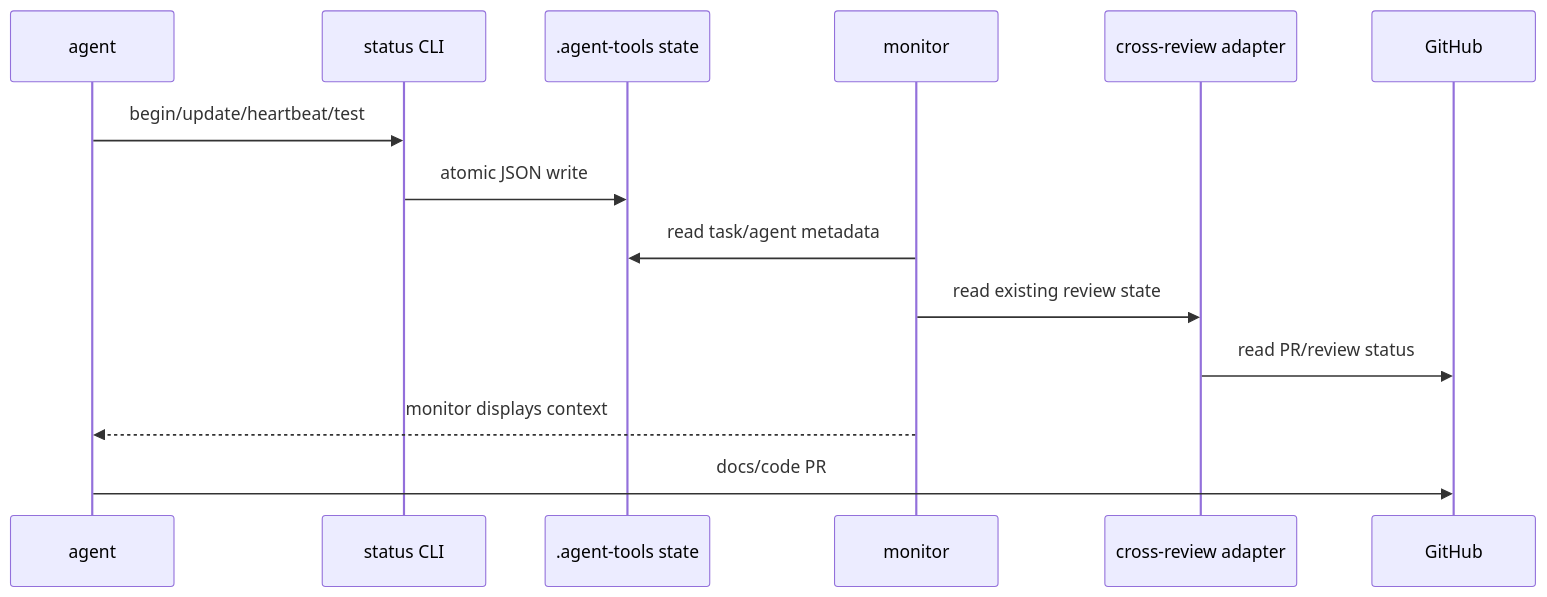
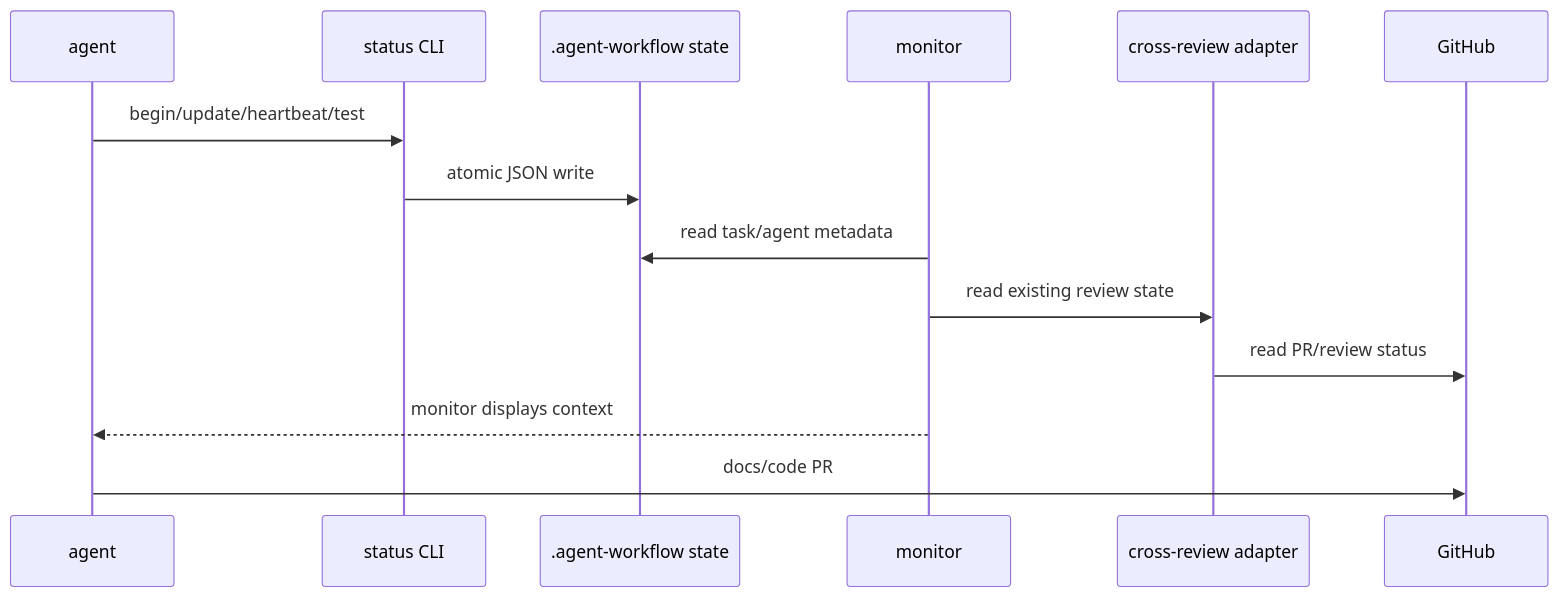
Before and after one commit to aidabo/agent-workflow: the second of 2 diagrams in docs/architecture.md, drawn with Mermaid. The commit also changed other lines of this file and 4 other files, not shown here.

````diff
--- a/docs/architecture.md
+++ b/docs/architecture.md
@@ -61,17 +61,17 @@
 ```mermaid
 sequenceDiagram
   participant A as agent
   participant S as status CLI
-  participant FS as .agent-tools state
+  participant FS as .agent-workflow state
   participant M as monitor
   participant X as cross-review adapter
   participant G as GitHub
 
   A->>S: begin/update/heartbeat/test
   S->>FS: atomic JSON write
   M->>FS: read task/agent metadata
   M->>X: read existing review state
   X->>G: read PR/review status
   M-->>A: monitor displays context
   A->>G: docs/code PR
 ```
````
